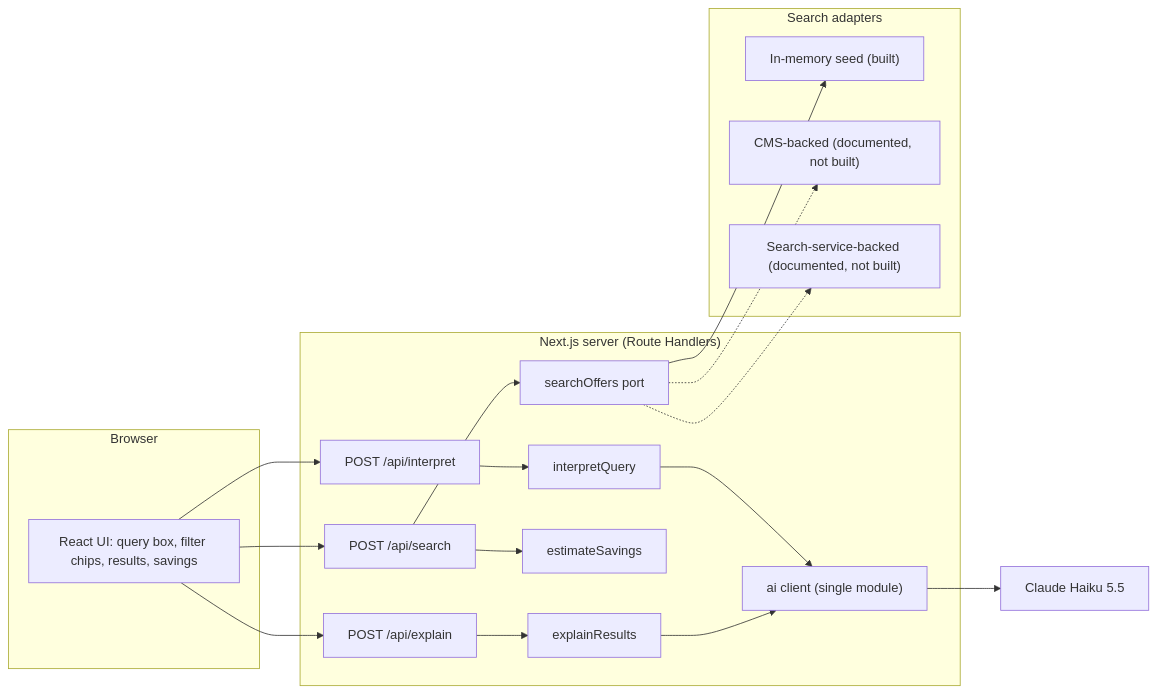
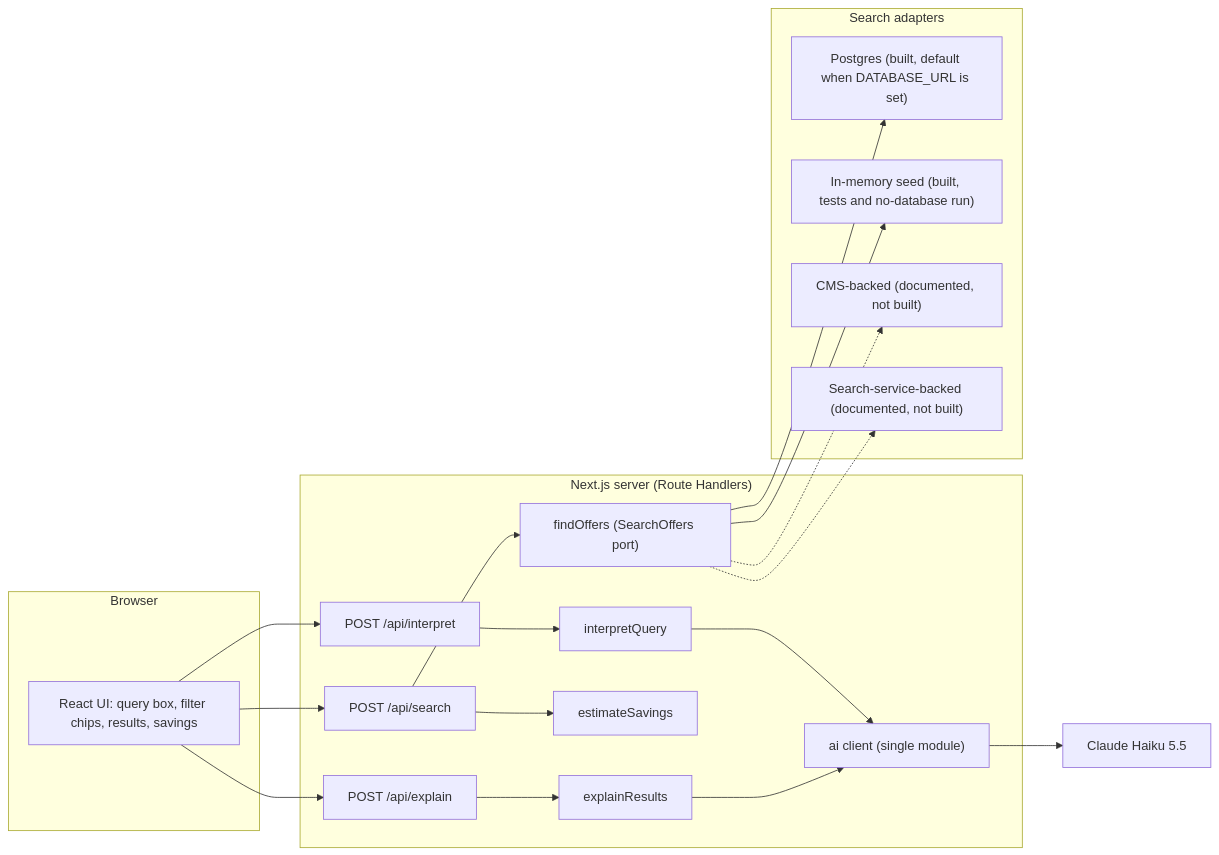
Before and after one commit to davinaizer/boundless-tech-project: the second of 3 diagrams in docs/architecture.md, drawn with Mermaid. The commit also changed other lines of this file and 14 other files, not shown here.

First line of the commit message:
docs: add ADR-010 and ADR-011, local-first plan, search port, folder layout, timeout and error shape

````diff
--- a/docs/architecture.md
+++ b/docs/architecture.md
@@ -32,37 +32,39 @@
 ```mermaid
 flowchart LR
     subgraph Browser
         UI["React UI: query box, filter chips, results, savings"]
     end
 
     subgraph Server["Next.js server (Route Handlers)"]
         R1["POST /api/interpret"]
         R2["POST /api/search"]
         R3["POST /api/explain"]
         S1["interpretQuery"]
-        S2["searchOffers port"]
+        S2["findOffers (SearchOffers port)"]
         S3["estimateSavings"]
         S4["explainResults"]
         AI["ai client (single module)"]
     end
 
     subgraph Adapters["Search adapters"]
-        A1["In-memory seed (built)"]
+        A0["Postgres (built, default when DATABASE_URL is set)"]
+        A1["In-memory seed (built, tests and no-database run)"]
         A2["CMS-backed (documented, not built)"]
         A3["Search-service-backed (documented, not built)"]
     end
 
     LLM["Claude Haiku 5.5"]
 
     UI --> R1
     UI --> R2
     UI --> R3
     R1 --> S1 --> AI
     R2 --> S2
     R2 --> S3
     R3 --> S4 --> AI
     AI --> LLM
+    S2 --> A0
     S2 --> A1
     S2 -.-> A2
     S2 -.-> A3
 ```
````
